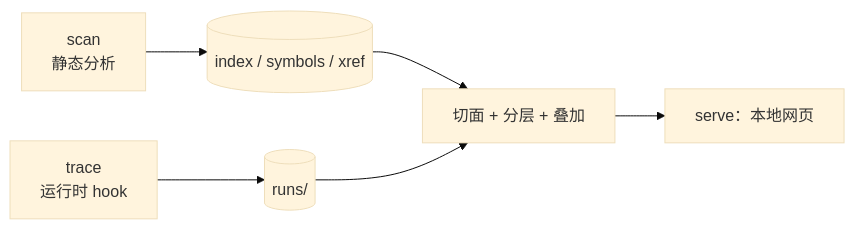
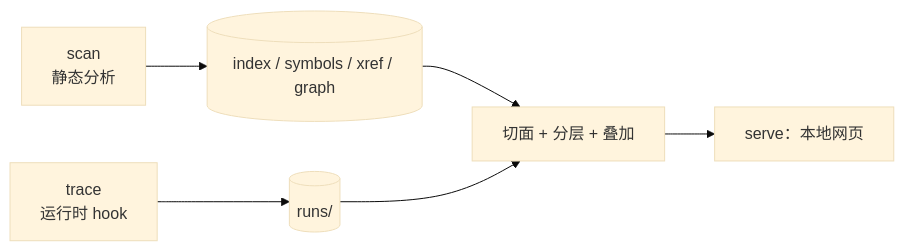
One commit to noviorlu/codestrata changed the diagram in README.md. Above: the diagram before and after it, drawn with Mermaid (base theme). The commit also changed other lines of this file and 32 other files, not shown here.

First line of the commit message:
The graph has only call edges; trace and scan are matched by call line

````diff
--- a/README.md
+++ b/README.md
@@ -106,8 +107,8 @@
 ```mermaid
 flowchart LR
-  S["scan<br/>静态分析"] --> I[("index / symbols / xref")]
+  S["scan<br/>静态分析"] --> I[("index / symbols / xref / graph")]
   T["trace<br/>运行时 hook"] --> R[("runs/")]
   I --> P["切面 + 分层 + 叠加"]
   R --> P
   P --> V["serve：本地网页"]
 ```
````
